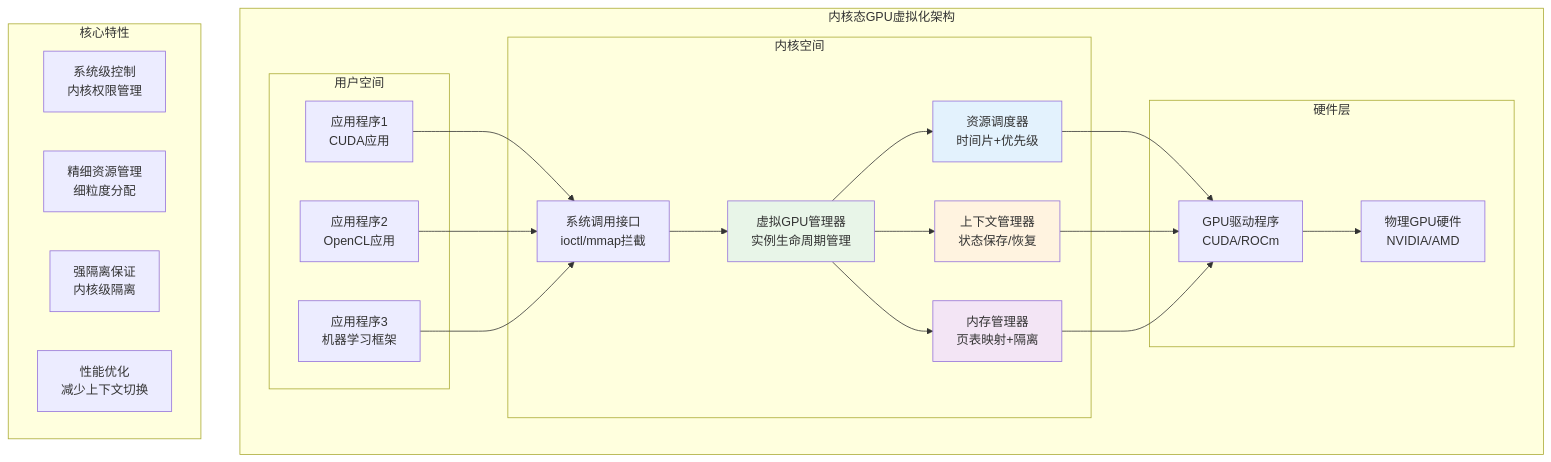
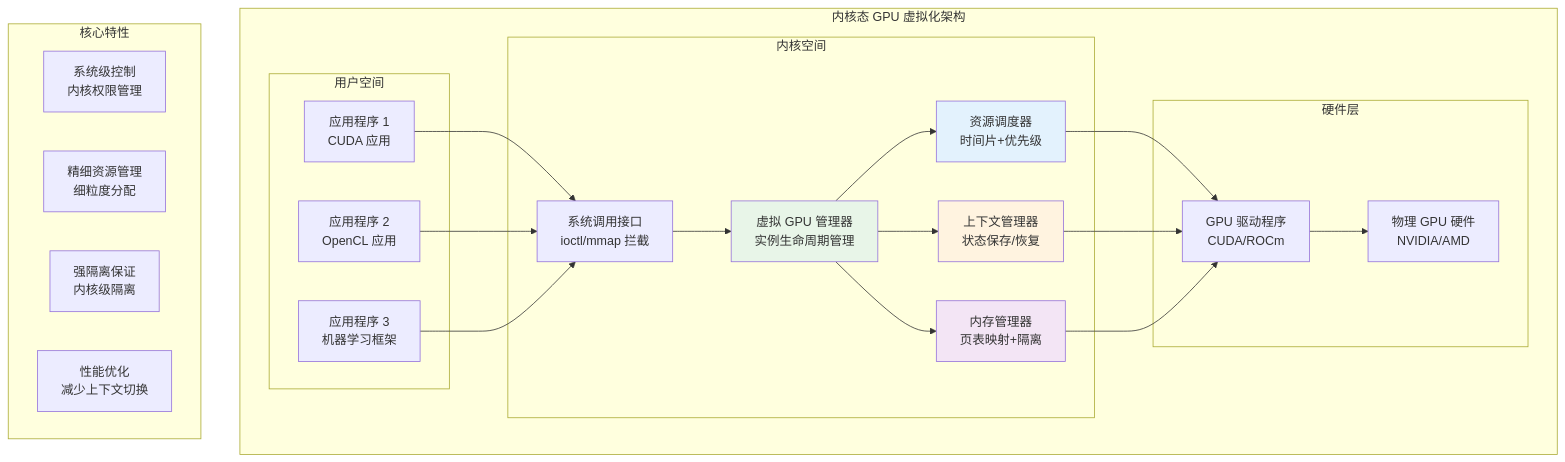
Before and after one commit to ForceInjection/AI-fundamentals: the third of 5 diagrams in gpu_manager/第二部分：虚拟化技术篇.md, drawn with Mermaid. The commit also changed other lines of this file and 4 other files, not shown here.

````diff
--- a/gpu_manager/第二部分：虚拟化技术篇.md
+++ b/gpu_manager/第二部分：虚拟化技术篇.md
@@ -593,50 +838,50 @@
 ```mermaid
 graph TB
-    subgraph "内核态GPU虚拟化架构"
+    subgraph "内核态 GPU 虚拟化架构"
         subgraph "用户空间"
-            APP1["应用程序1<br/>CUDA应用"]
-            APP2["应用程序2<br/>OpenCL应用"]
-            APP3["应用程序3<br/>机器学习框架"]
+            APP1["应用程序 1<br/>CUDA 应用"]
+            APP2["应用程序 2<br/>OpenCL 应用"]
+            APP3["应用程序 3<br/>机器学习框架"]
         end
         
         subgraph "内核空间"
-            SYSCALL["系统调用接口<br/>ioctl/mmap拦截"]
-            VGPU_MGR["虚拟GPU管理器<br/>实例生命周期管理"]
+            SYSCALL["系统调用接口<br/>ioctl/mmap 拦截"]
+            VGPU_MGR["虚拟 GPU 管理器<br/>实例生命周期管理"]
             SCHED["资源调度器<br/>时间片+优先级"]
             CTX_MGR["上下文管理器<br/>状态保存/恢复"]
             MEM_MGR["内存管理器<br/>页表映射+隔离"]
         end
         
         subgraph "硬件层"
-            GPU_HW["物理GPU硬件<br/>NVIDIA/AMD"]
-            GPU_DRV["GPU驱动程序<br/>CUDA/ROCm"]
+            GPU_HW["物理 GPU 硬件<br/>NVIDIA/AMD"]
+            GPU_DRV["GPU 驱动程序<br/>CUDA/ROCm"]
         end
     end
     
     subgraph "核心特性"
         FEATURE1["系统级控制<br/>内核权限管理"]
         FEATURE2["精细资源管理<br/>细粒度分配"]
         FEATURE3["强隔离保证<br/>内核级隔离"]
         FEATURE4["性能优化<br/>减少上下文切换"]
     end
     
     APP1 --> SYSCALL
     APP2 --> SYSCALL
     APP3 --> SYSCALL
     
     SYSCALL --> VGPU_MGR
     VGPU_MGR --> SCHED
     VGPU_MGR --> CTX_MGR
     VGPU_MGR --> MEM_MGR
     
     SCHED --> GPU_DRV
     CTX_MGR --> GPU_DRV
     MEM_MGR --> GPU_DRV
     
     GPU_DRV --> GPU_HW
     
     style VGPU_MGR fill:#e8f5e8
     style SCHED fill:#e3f2fd
     style CTX_MGR fill:#fff3e0
     style MEM_MGR fill:#f3e5f5
 ```
````
